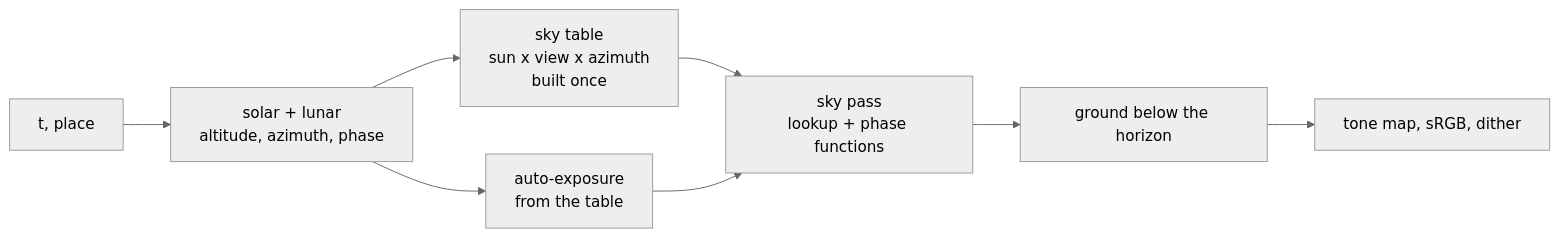
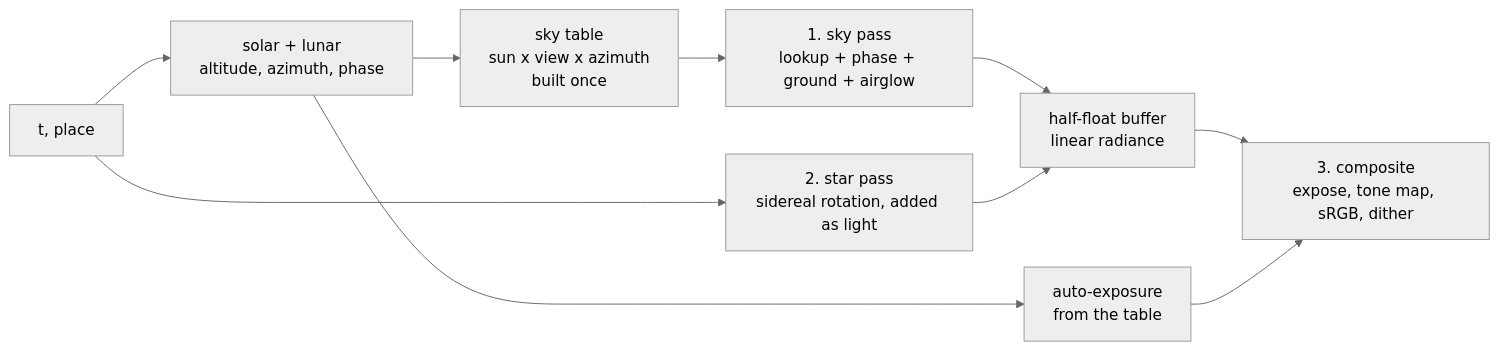
The third of 3 diagrams in docs/ARCHITECTURE.md (BlackCanyonSoftware/dayandnight_BCS), drawn with Mermaid (neutral theme) before and after one commit. The commit also changed other lines of this file and 11 other files, not shown here.

````diff
--- a/docs/ARCHITECTURE.md
+++ b/docs/ARCHITECTURE.md
@@ -174,10 +174,12 @@
 ```mermaid
 flowchart LR
   A["t, place"] --> B["solar + lunar<br/>altitude, azimuth, phase"]
   B --> E["sky table<br/>sun x view x azimuth<br/>built once"]
   B --> X["auto-exposure<br/>from the table"]
-  E --> F["sky pass<br/>lookup + phase functions"]
-  X --> F
-  F --> G["ground below the horizon"]
-  G --> H["tone map, sRGB, dither"]
+  E --> F["1. sky pass<br/>lookup + phase + ground + airglow"]
+  A --> S["2. star pass<br/>sidereal rotation, added as light"]
+  F --> T["half-float buffer<br/>linear radiance"]
+  S --> T
+  T --> H["3. composite<br/>expose, tone map, sRGB, dither"]
+  X --> H
 ```
````
